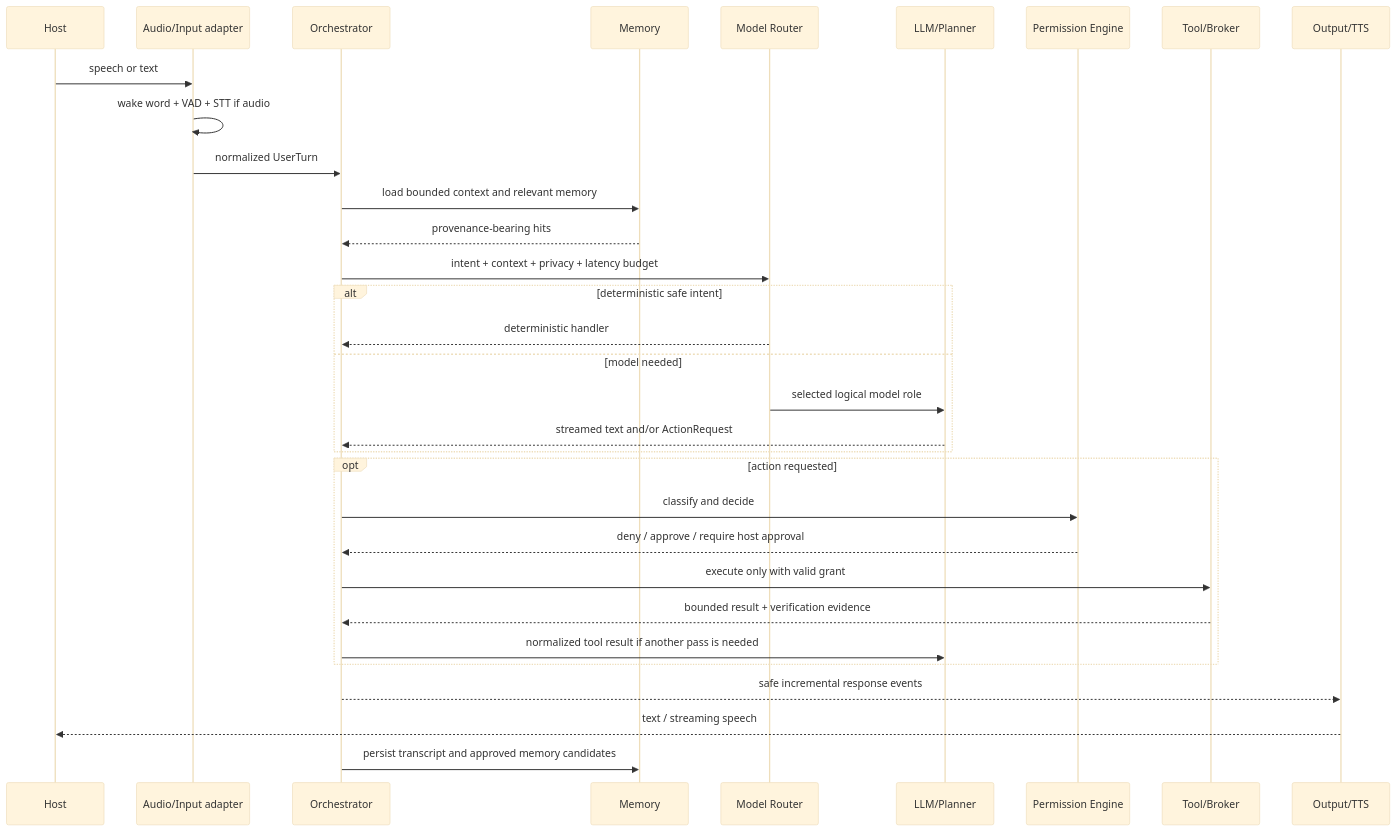
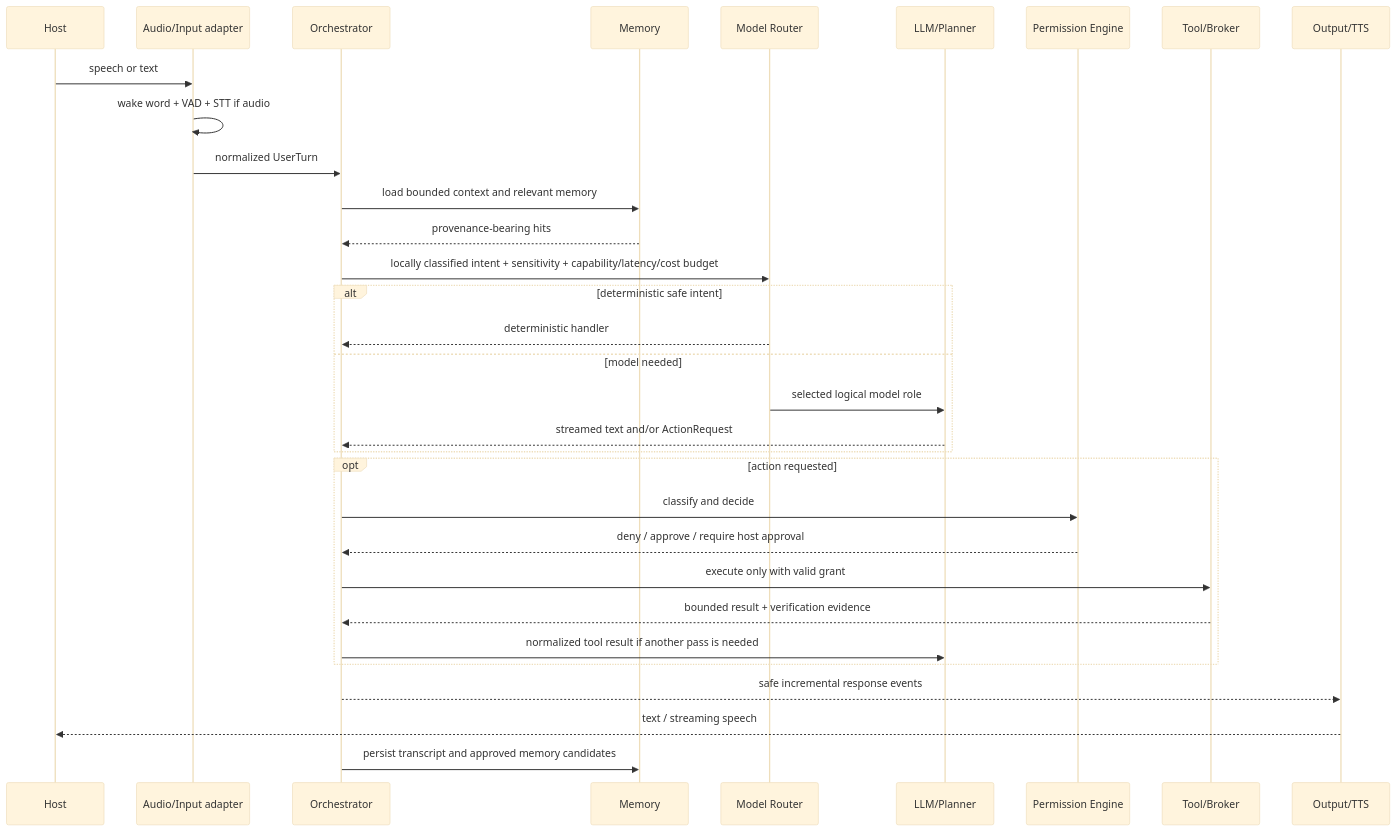
One commit to DanCreates1/JARVIS changed the first of 7 diagrams in docs/JARVIS_ARCHITECTURE.md. Above: the diagram before and after it, drawn with Mermaid (base theme). The commit also changed other lines of this file and 48 other files, not shown here.

````diff
--- a/docs/JARVIS_ARCHITECTURE.md
+++ b/docs/JARVIS_ARCHITECTURE.md
@@ -87,35 +125,35 @@
 ```mermaid
 sequenceDiagram
     participant U as Host
     participant A as Audio/Input adapter
     participant C as Orchestrator
     participant M as Memory
     participant R as Model Router
     participant L as LLM/Planner
     participant P as Permission Engine
     participant T as Tool/Broker
     participant O as Output/TTS
 
     U->>A: speech or text
     A->>A: wake word + VAD + STT if audio
     A->>C: normalized UserTurn
     C->>M: load bounded context and relevant memory
     M-->>C: provenance-bearing hits
-    C->>R: intent + context + privacy + latency budget
+    C->>R: locally classified intent + sensitivity + capability/latency/cost budget
     alt deterministic safe intent
         R-->>C: deterministic handler
     else model needed
         R->>L: selected logical model role
         L-->>C: streamed text and/or ActionRequest
     end
     opt action requested
         C->>P: classify and decide
         P-->>C: deny / approve / require host approval
         C->>T: execute only with valid grant
         T-->>C: bounded result + verification evidence
         C->>L: normalized tool result if another pass is needed
     end
     C-->>O: safe incremental response events
     O-->>U: text / streaming speech
     C->>M: persist transcript and approved memory candidates
 ```
````
